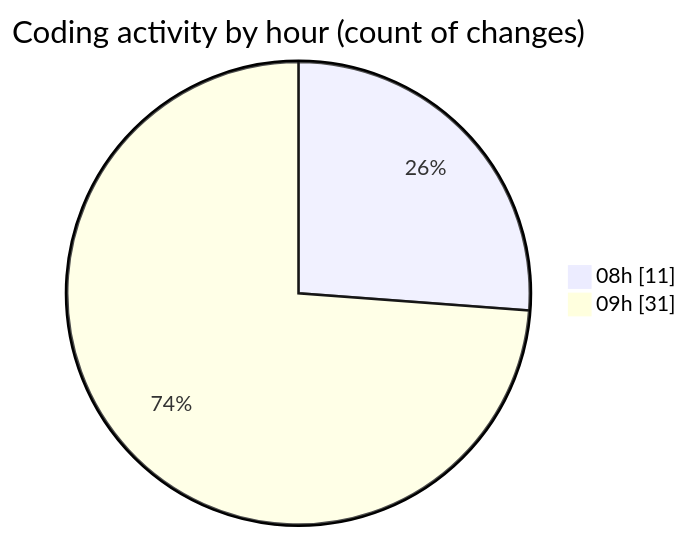
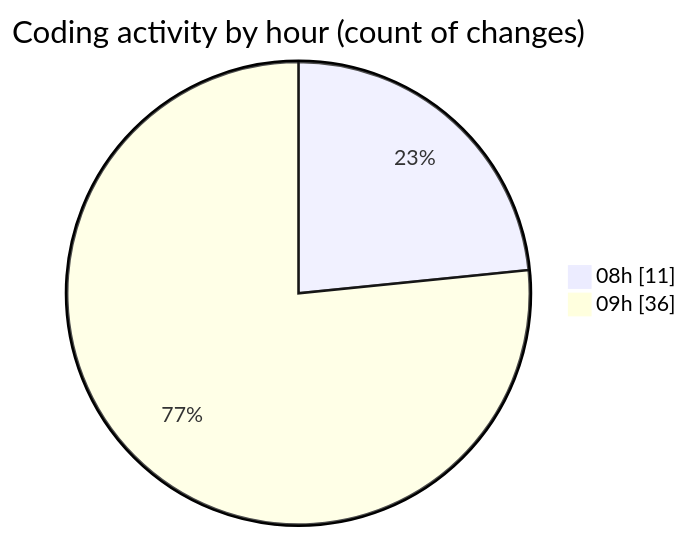
One commit to MatusMokan/code-tracking changed the second of 2 diagrams in 2025-11-15/untitled__workspace_/README.md. Above: the diagram before and after it, drawn with Mermaid. The commit also changed other lines of this file and 1 other file, not shown here.

````diff
--- a/2025-11-15/untitled__workspace_/README.md
+++ b/2025-11-15/untitled__workspace_/README.md
@@ -34,6 +35,6 @@
 ```mermaid
 pie showData
 title Coding activity by hour (count of changes)
 "08h" : 11
-"09h" : 31
+"09h" : 36
 ```
````
